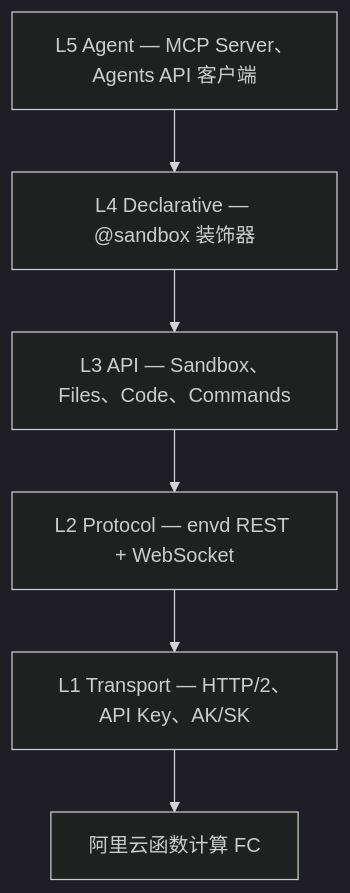
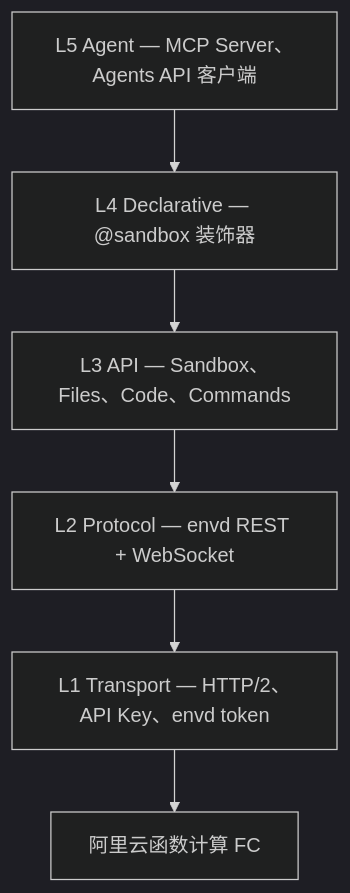
The diagram in README.zh-CN.md (Alibaba-Agent-Sandbox/python-sdk), drawn with Mermaid (dark theme) before and after one commit. The commit also changed 18 other files, not shown here.

````diff
--- a/README.zh-CN.md
+++ b/README.zh-CN.md
@@ -148,11 +148,11 @@
 ```mermaid
 graph TB
     L5["L5 Agent — MCP Server、Agents API 客户端"]
     L4["L4 Declarative — @sandbox 装饰器"]
     L3["L3 API — Sandbox、Files、Code、Commands"]
     L2["L2 Protocol — envd REST + WebSocket"]
-    L1["L1 Transport — HTTP/2、API Key、AK/SK"]
+    L1["L1 Transport — HTTP/2、API Key、envd token"]
     GW["阿里云函数计算 FC"]
 
     L5 --> L4 --> L3 --> L2 --> L1 --> GW
 ```
````
